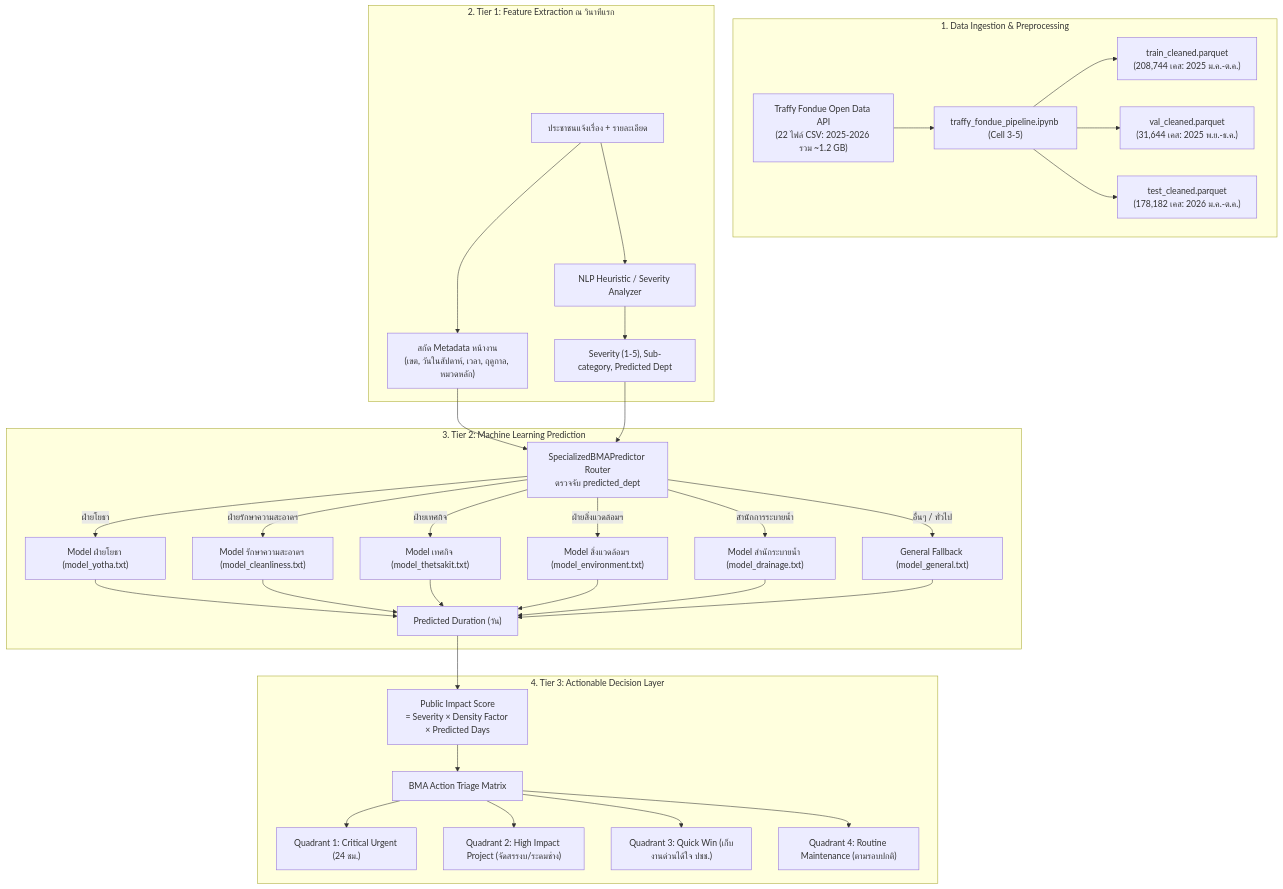
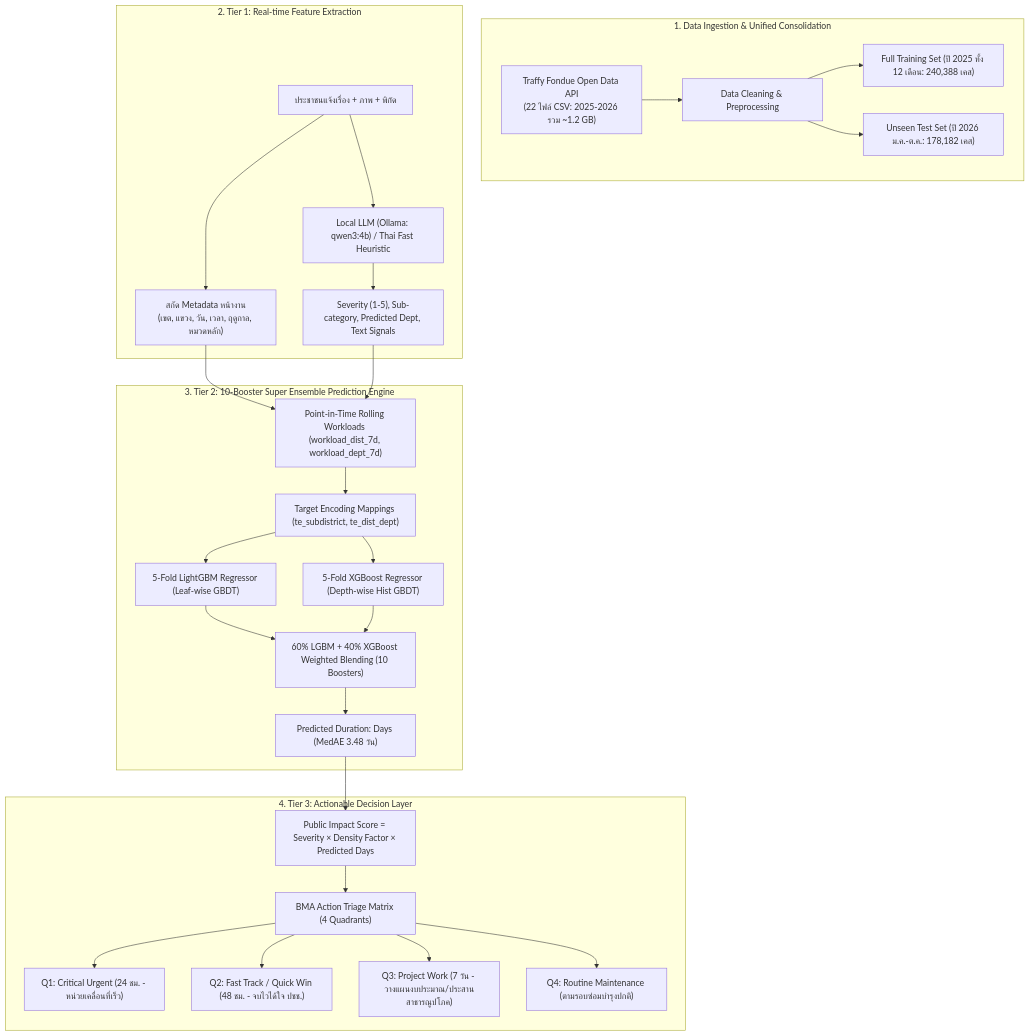
Before and after one commit to dewdew978/traffy-fondue-ml-: the diagram in SYSTEM_DOCUMENTATION.md, drawn with Mermaid. The commit also changed other lines of this file and 37 other files, not shown here.

Commit message:
feat: upgrade to 10-booster super ensemble (5-fold LGBM + 5-fold XGBoost) and complete CRISP-DM documentation

````diff
--- a/SYSTEM_DOCUMENTATION.md
+++ b/SYSTEM_DOCUMENTATION.md
@@ -53,35 +142,32 @@
 ```mermaid
 flowchart TD
-    subgraph DataIngestion["1. Data Ingestion & Preprocessing"]
-        A["Traffy Fondue Open Data API<br>(22 ไฟล์ CSV: 2025-2026 รวม ~1.2 GB)"] --> B["traffy_fondue_pipeline.ipynb (Cell 3-5)"]
-        B --> C1["train_cleaned.parquet<br>(208,744 เคส: 2025 ม.ค.-ต.ค.)"]
-        B --> C2["val_cleaned.parquet<br>(31,644 เคส: 2025 พ.ย.-ธ.ค.)"]
-        B --> C3["test_cleaned.parquet<br>(178,182 เคส: 2026 ม.ค.-ต.ค.)"]
-    end
+  subgraph DataIngestion["1. Data Ingestion & Unified Consolidation"]
+    A["Traffy Fondue Open Data API<br>(22 ไฟล์ CSV: 2025-2026 รวม ~1.2 GB)"] --> B["Data Cleaning & Preprocessing"]
+    B --> C1["Full Training Set (ปี 2025 ทั้ง 12 เดือน: 240,388 เคส)"]
+    B --> C2["Unseen Test Set (ปี 2026 ม.ค.-ต.ค.: 178,182 เคส)"]
+  end
 
-    subgraph FeatureTier["2. Tier 1: Feature Extraction ณ วินาทีแรก"]
-        D["ประชาชนแจ้งเรื่อง + รายละเอียด"] --> E1["สกัด Metadata หน้างาน<br>(เขต, วันในสัปดาห์, เวลา, ฤดูกาล, หมวดหลัก)"]
-        D --> E2["NLP Heuristic / Severity Analyzer"]
-        E2 --> E3["Severity (1-5), Sub-category, Predicted Dept"]
-    end
+  subgraph FeatureTier["2. Tier 1: Real-time Feature Extraction"]
+    D["ประชาชนแจ้งเรื่อง + ภาพ + พิกัด"] --> E1["สกัด Metadata หน้างาน<br>(เขต, แขวง, วัน, เวลา, ฤดูกาล, หมวดหลัก)"]
+    D --> E2["Local LLM (Ollama: qwen3:4b) / Thai Fast Heuristic"]
+    E2 --> E3["Severity (1-5), Sub-category, Predicted Dept, Text Signals"]
+  end
 
-    subgraph ModelTier["3. Tier 2: Machine Learning Prediction"]
-        E1 & E3 --> F["SpecializedBMAPredictor Router<br>ตรวจจับ predicted_dept"]
-        F -->|"ฝ่ายโยธา"| M1["Model ฝ่ายโยธา (model_yotha.txt)"]
-        F -->|"ฝ่ายรักษาความสะอาดฯ"| M2["Model รักษาความสะอาดฯ (model_cleanliness.txt)"]
-        F -->|"ฝ่ายเทศกิจ"| M3["Model เทศกิจ (model_thetsakit.txt)"]
-        F -->|"ฝ่ายสิ่งแวดล้อมฯ"| M4["Model สิ่งแวดล้อมฯ (model_environment.txt)"]
-        F -->|"สำนักการระบายน้ำ"| M5["Model สำนักระบายน้ำ (model_drainage.txt)"]
-        F -->|"อื่นๆ / ทั่วไป"| M6["General Fallback (model_general.txt)"]
-        M1 & M2 & M3 & M4 & M5 & M6 --> G["Predicted Duration (วัน)"]
-    end
+  subgraph ModelTier["3. Tier 2: 10-Booster Super Ensemble Prediction Engine"]
+    E1 & E3 --> F1["Point-in-Time Rolling Workloads (workload_dist_7d, workload_dept_7d)"]
+    F1 --> F2["Target Encoding Mappings (te_subdistrict, te_dist_dept)"]
+    F2 --> G1["5-Fold LightGBM Regressor (Leaf-wise GBDT)"]
+    F2 --> G2["5-Fold XGBoost Regressor (Depth-wise Hist GBDT)"]
+    G1 & G2 --> G3["60% LGBM + 40% XGBoost Weighted Blending (10 Boosters)"]
+    G3 --> G4["Predicted Duration: Days (MedAE 3.48 วัน)"]
+  end
 
-    subgraph DecisionTier["4. Tier 3: Actionable Decision Layer"]
-        G --> H["Public Impact Score<br>= Severity × Density Factor × Predicted Days"]
-        H --> I["BMA Action Triage Matrix"]
-        I --> J1["Quadrant 1: Critical Urgent (24 ชม.)"]
-        I --> J2["Quadrant 2: High Impact Project (จัดสรรงบ/ระดมช่าง)"]
-        I --> J3["Quadrant 3: Quick Win (เก็บงานด่วนได้ใจ ปชช.)"]
-        I --> J4["Quadrant 4: Routine Maintenance (ตามรอบปกติ)"]
-    end
+  subgraph DecisionTier["4. Tier 3: Actionable Decision Layer"]
+    G4 --> H["Public Impact Score = Severity × Density Factor × Predicted Days"]
+    H --> I["BMA Action Triage Matrix (4 Quadrants)"]
+    I --> J1["Q1: Critical Urgent (24 ชม. - หน่วยเคลื่อนที่เร็ว)"]
+    I --> J2["Q2: Fast Track / Quick Win (48 ชม. - จบไวได้ใจ ปชช.)"]
+    I --> J3["Q3: Project Work (7 วัน - วางแผนงบประมาณ/ประสานสาธารณูปโภค)"]
+    I --> J4["Q4: Routine Maintenance (ตามรอบซ่อมบำรุงปกติ)"]
+  end
 ```
````
